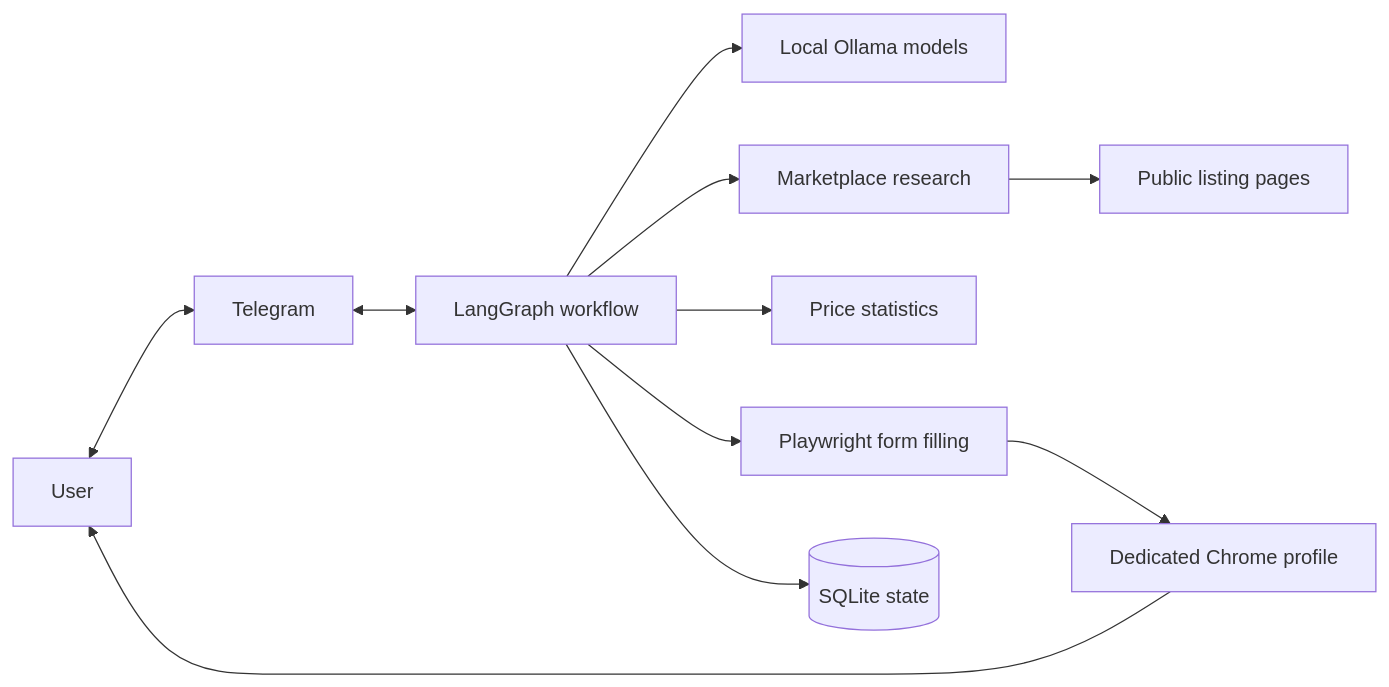
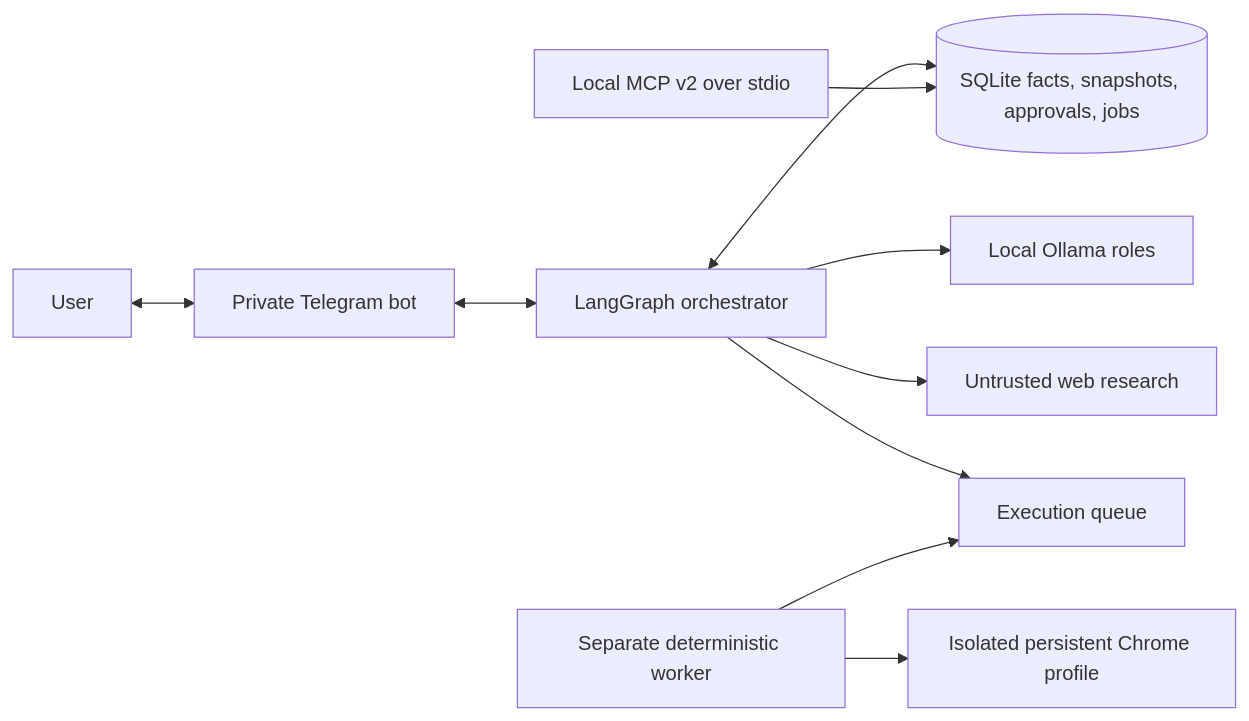
Before and after one commit to oliwia-kol/marketplace-listing-agent: the diagram in README.md, drawn with Mermaid. The commit also changed other lines of this file and 101 other files, not shown here.

Commit message:
Complete secure local marketplace agent workflow

````diff
--- a/README.md
+++ b/README.md
@@ -26,13 +16,12 @@
 ```mermaid
 flowchart LR
-    U[User] <--> T[Telegram]
-    T <--> G[LangGraph workflow]
-    G --> M[Local Ollama models]
-    G --> R[Marketplace research]
-    R --> W[Public listing pages]
-    G --> P[Price statistics]
-    G --> B[Playwright form filling]
-    B --> C[Dedicated Chrome profile]
-    G --> D[(SQLite state)]
-    C --> U
+    U[User] <--> T[Private Telegram bot]
+    T <--> G[LangGraph orchestrator]
+    G <--> D[(SQLite facts, snapshots, approvals, jobs)]
+    G --> M[Local Ollama roles]
+    G --> R[Untrusted web research]
+    G --> Q[Execution queue]
+    W[Separate deterministic worker] --> Q
+    W --> C[Isolated persistent Chrome profile]
+    MCP[Local MCP v2 over stdio] --> D
 ```
````
